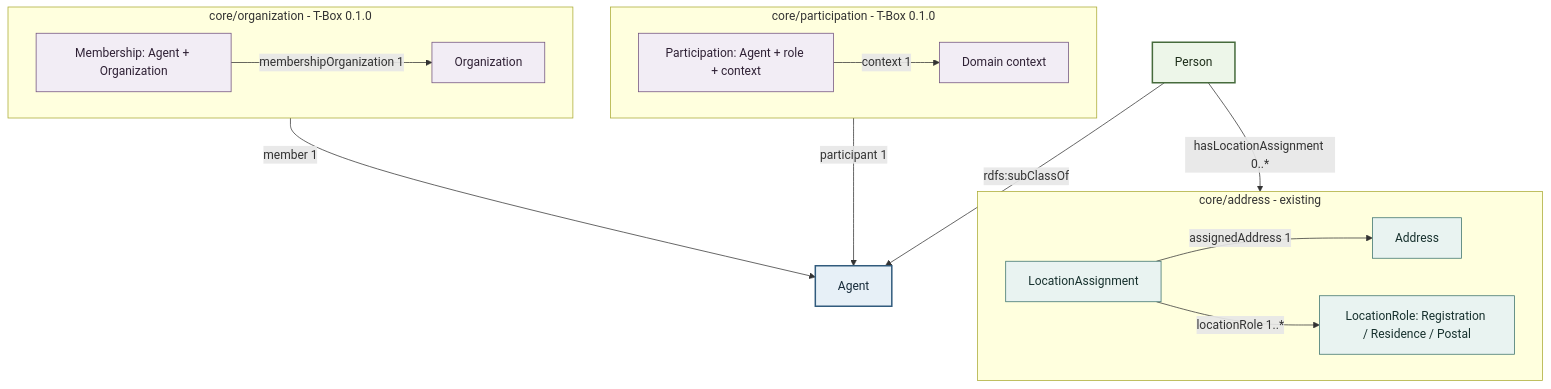
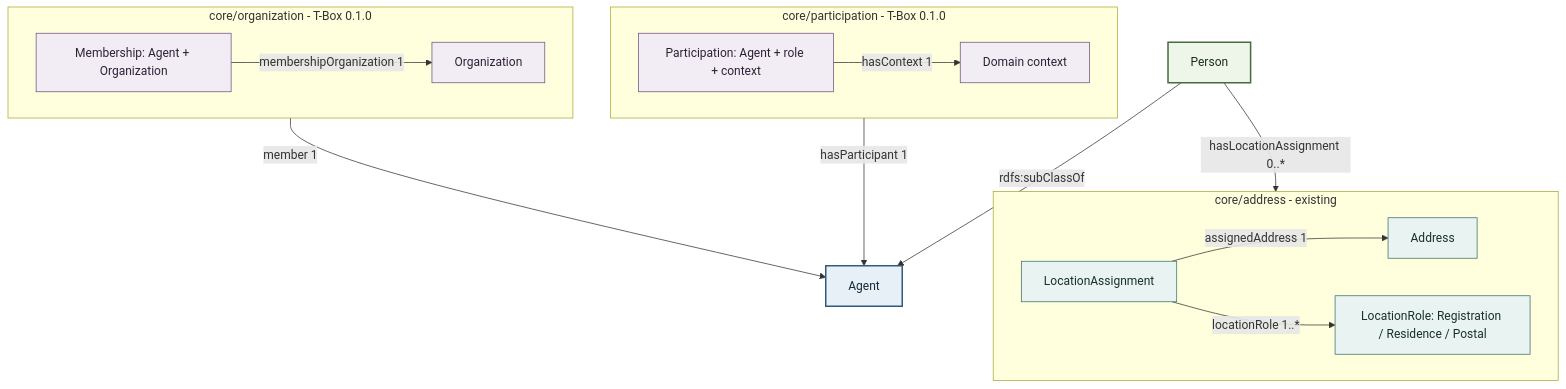
Before and after one commit to project-construct-x/constructx-ontologies: the third of 3 diagrams in modules/core/person/docs/diagrams/person-concept-model.md, drawn with Mermaid. The commit also changed 43 other files, not shown here.

````diff
--- a/modules/core/person/docs/diagrams/person-concept-model.md
+++ b/modules/core/person/docs/diagrams/person-concept-model.md
@@ -117,47 +117,47 @@
 ```mermaid
 flowchart TB
     Agent["Agent"]
     Person["Person"]
 
     Person -->|"rdfs:subClassOf"| Agent
 
     subgraph ADDRESS["core/address - existing"]
         direction LR
         LocationAssignment["LocationAssignment"]
         Address["Address"]
         LocationRole["LocationRole: Registration / Residence / Postal"]
 
         LocationAssignment -->|"assignedAddress 1"| Address
         LocationAssignment -->|"locationRole 1..*"| LocationRole
     end
 
     subgraph ORGANIZATION["core/organization - T-Box 0.1.0"]
         direction LR
         Membership["Membership: Agent + Organization"]
         Organization["Organization"]
 
         Membership -->|"membershipOrganization 1"| Organization
     end
 
     subgraph PARTICIPATION["core/participation - T-Box 0.1.0"]
         direction LR
         Participation["Participation: Agent + role + context"]
         Context["Domain context"]
 
-        Participation -->|"context 1"| Context
+        Participation -->|"hasContext 1"| Context
     end
 
     Person -->|"hasLocationAssignment 0..*"| LocationAssignment
     Membership -->|"member 1"| Agent
-    Participation -->|"participant 1"| Agent
+    Participation -->|"hasParticipant 1"| Agent
 
     classDef agent fill:#e7f0f7,stroke:#315b7d,color:#172b3a,stroke-width:2px;
     classDef person fill:#edf6e9,stroke:#466b3c,color:#1d2d19,stroke-width:2px;
     classDef existing fill:#e9f3f1,stroke:#39706a,color:#17312e;
     classDef related fill:#f2edf5,stroke:#70517d,color:#2f2135;
 
     class Agent agent;
     class Person person;
     class LocationAssignment,Address,LocationRole existing;
     class Membership,Organization,Participation,Context related;
 ```
````
